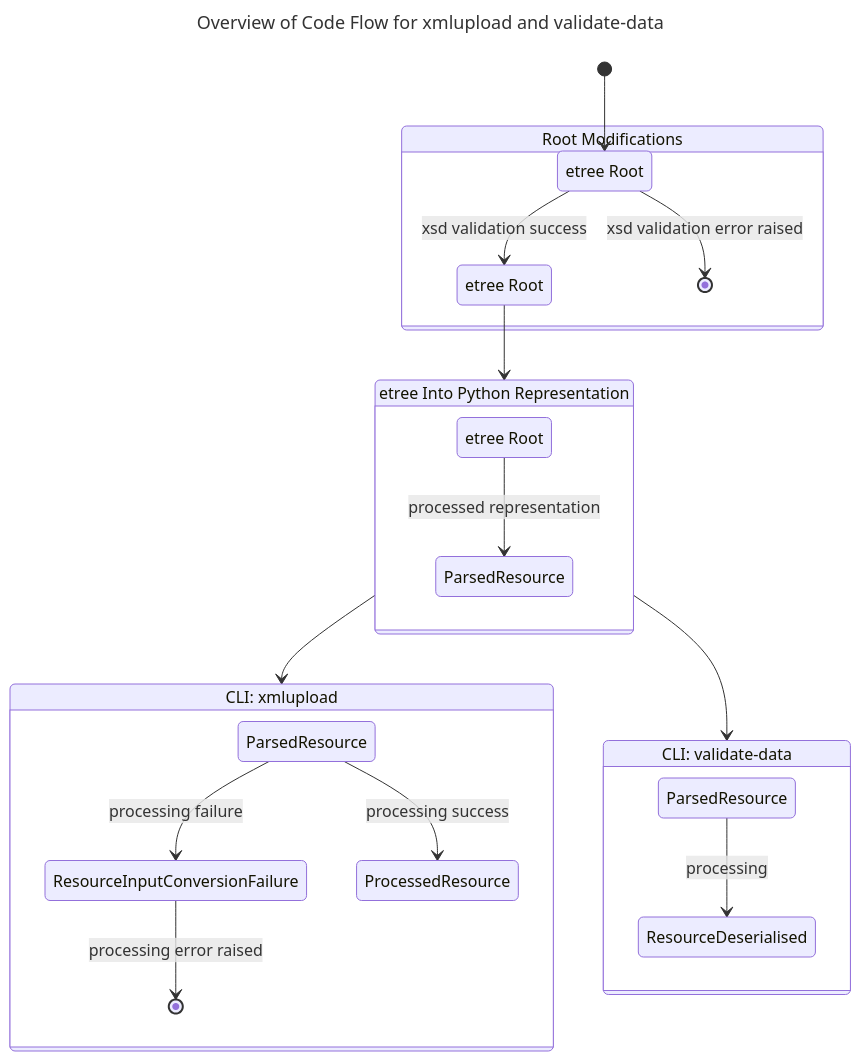
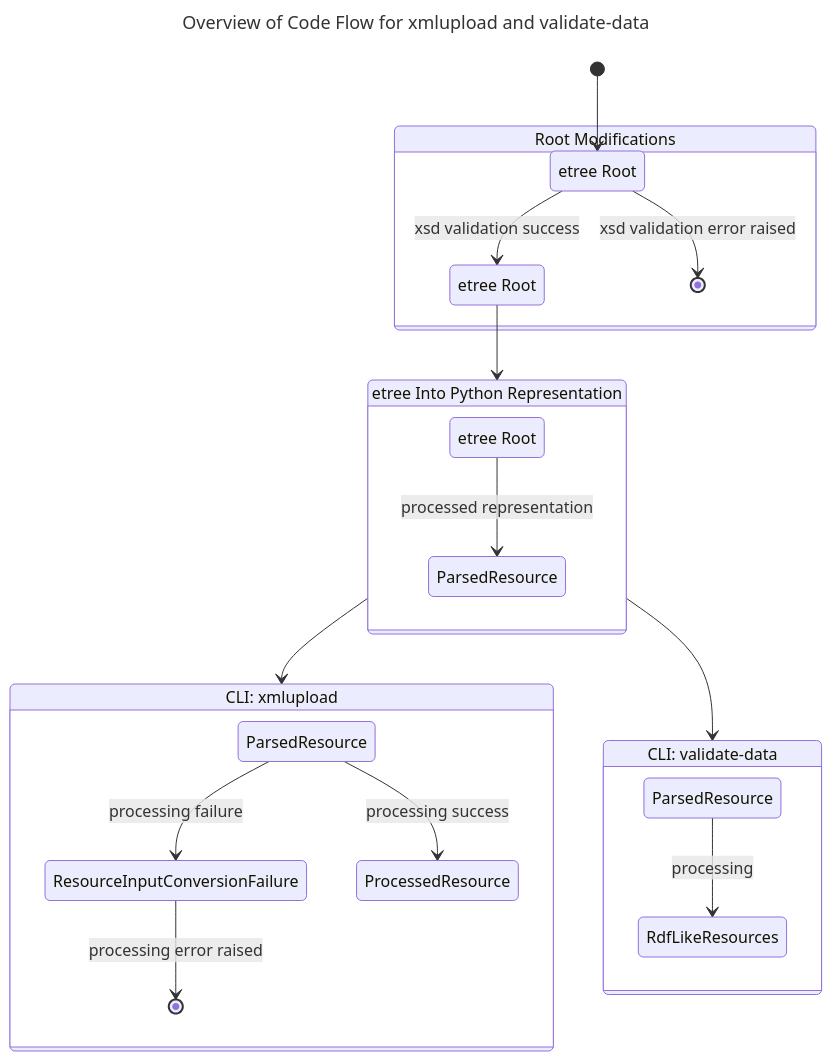
Before and after one commit to dasch-swiss/dsp-tools: the first of 3 diagrams in docs/developers/architecture.md, drawn with Mermaid. The commit also changed 9 other files, not shown here.

````diff
--- a/docs/developers/architecture.md
+++ b/docs/developers/architecture.md
@@ -7,38 +7,38 @@
 ```mermaid
 ---
 title: Overview of Code Flow for xmlupload and validate-data
 ---
 stateDiagram-v2
 
 state "etree Root" as eroot1
 state "etree Root" as eroot2
 state "etree Root" as eroot3
 state "Root Modifications" as rootwork
 state "etree Into Python Representation" as pywork
 state "CLI: xmlupload" as processed
 state "ParsedResource" as parsedres1
 state "ParsedResource" as parsedres2
 state "ParsedResource" as parsedres3
 state "ProcessedResource" as Processedres
 state "CLI: validate-data" as valdata
 
 [*]-->eroot1
 state rootwork {
     eroot1-->eroot2: xsd validation success
     eroot1-->[*]: xsd validation error raised
 }
 eroot2-->pywork
 state pywork {
     eroot3-->parsedres1: processed representation
 }
 pywork-->processed
 state processed {
     ResourceInputConversionFailure-->[*]: processing error raised
     parsedres2-->Processedres: processing success
     parsedres2-->ResourceInputConversionFailure: processing failure
 }
 pywork-->valdata
 state valdata {
-    parsedres3-->ResourceDeserialised: processing
+    parsedres3-->RdfLikeResources: processing
 }
 ```
````
